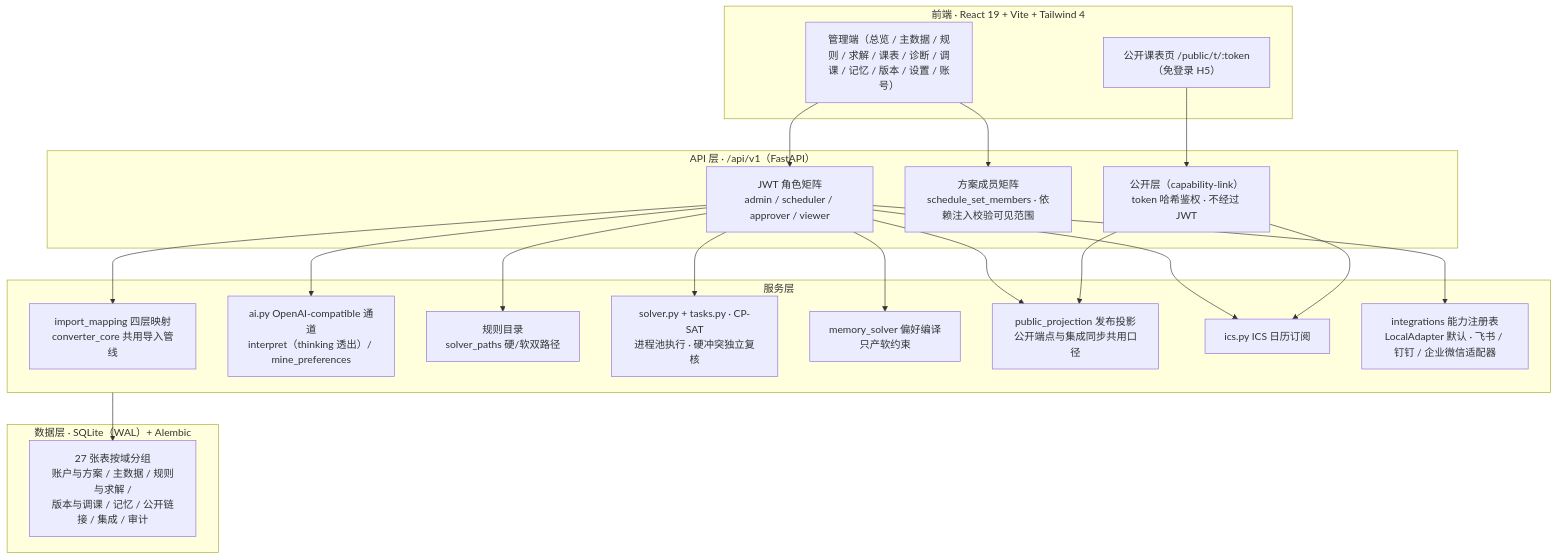
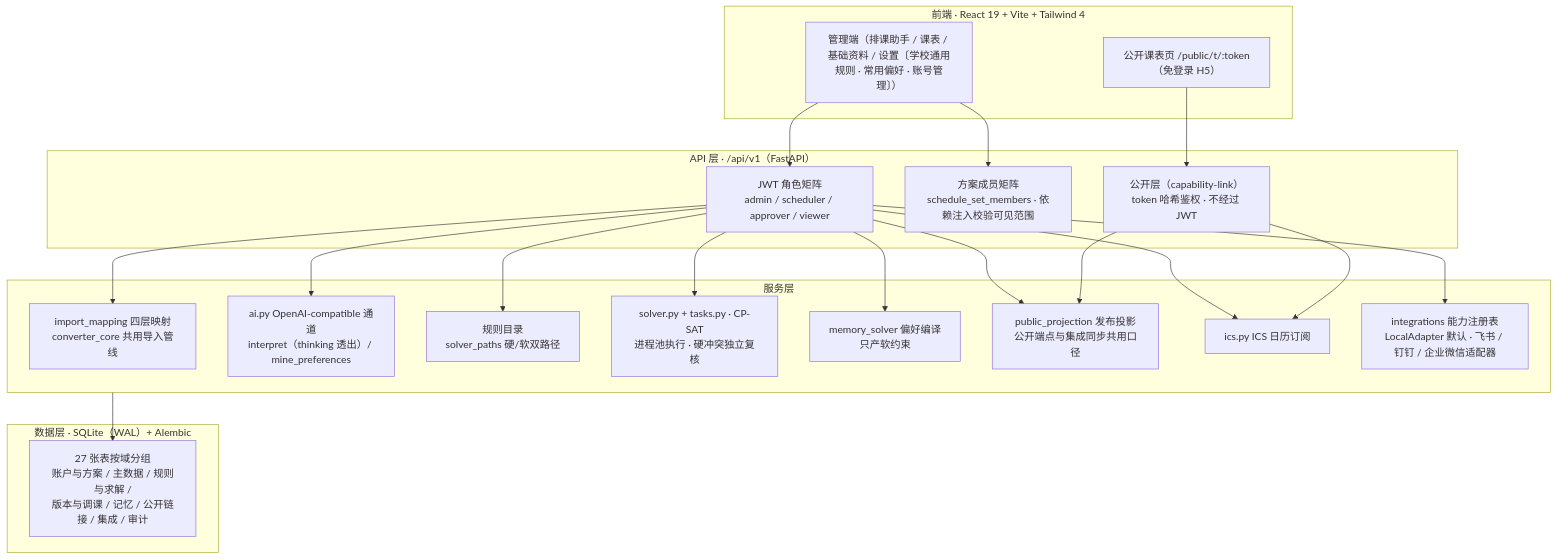
Before and after one commit to xunchahaha/tupai-zhice: the first of 2 diagrams in ARCHITECTURE.md, drawn with Mermaid. The commit also changed other lines of this file and 5 other files, not shown here.

````diff
--- a/ARCHITECTURE.md
+++ b/ARCHITECTURE.md
@@ -24,43 +24,43 @@
 ```mermaid
 flowchart TB
     subgraph FE["前端 · React 19 + Vite + Tailwind 4"]
-        ADMIN["管理端（总览 / 主数据 / 规则 / 求解 / 课表 / 诊断 / 调课 / 记忆 / 版本 / 设置 / 账号）"]
+        ADMIN["管理端（排课助手 / 课表 / 基础资料 / 设置〔学校通用规则 · 常用偏好 · 账号管理〕）"]
         PUBLIC["公开课表页 /public/t/:token（免登录 H5）"]
     end
 
     subgraph API["API 层 · /api/v1（FastAPI）"]
         JWT["JWT 角色矩阵<br/>admin / scheduler / approver / viewer"]
         MEMBER["方案成员矩阵<br/>schedule_set_members · 依赖注入校验可见范围"]
         LINKS["公开层（capability-link）<br/>token 哈希鉴权 · 不经过 JWT"]
     end
 
     subgraph SVC["服务层"]
         IMPORT["import_mapping 四层映射<br/>converter_core 共用导入管线"]
         AI["ai.py OpenAI-compatible 通道<br/>interpret（thinking 透出）/ mine_preferences"]
         CATALOG["规则目录<br/>solver_paths 硬/软双路径"]
         SOLVER["solver.py + tasks.py · CP-SAT<br/>进程池执行 · 硬冲突独立复核"]
         MEM["memory_solver 偏好编译<br/>只产软约束"]
         PROJ["public_projection 发布投影<br/>公开端点与集成同步共用口径"]
         ICS["ics.py ICS 日历订阅"]
         INTEG["integrations 能力注册表<br/>LocalAdapter 默认 · 飞书 / 钉钉 / 企业微信适配器"]
     end
 
     subgraph DATA["数据层 · SQLite（WAL）+ Alembic"]
         TABLES["27 张表按域分组<br/>账户与方案 / 主数据 / 规则与求解 /<br/>版本与调课 / 记忆 / 公开链接 / 集成 / 审计"]
     end
 
     ADMIN --> JWT
     ADMIN --> MEMBER
     PUBLIC --> LINKS
     JWT --> IMPORT
     JWT --> AI
     JWT --> CATALOG
     JWT --> SOLVER
     JWT --> MEM
     JWT --> PROJ
     JWT --> ICS
     JWT --> INTEG
     LINKS --> PROJ
     LINKS --> ICS
     SVC --> TABLES
 ```
````
